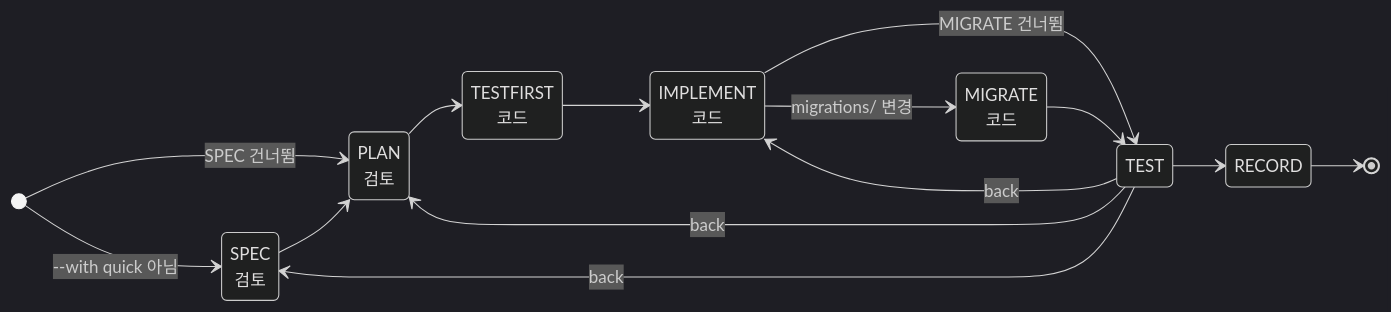
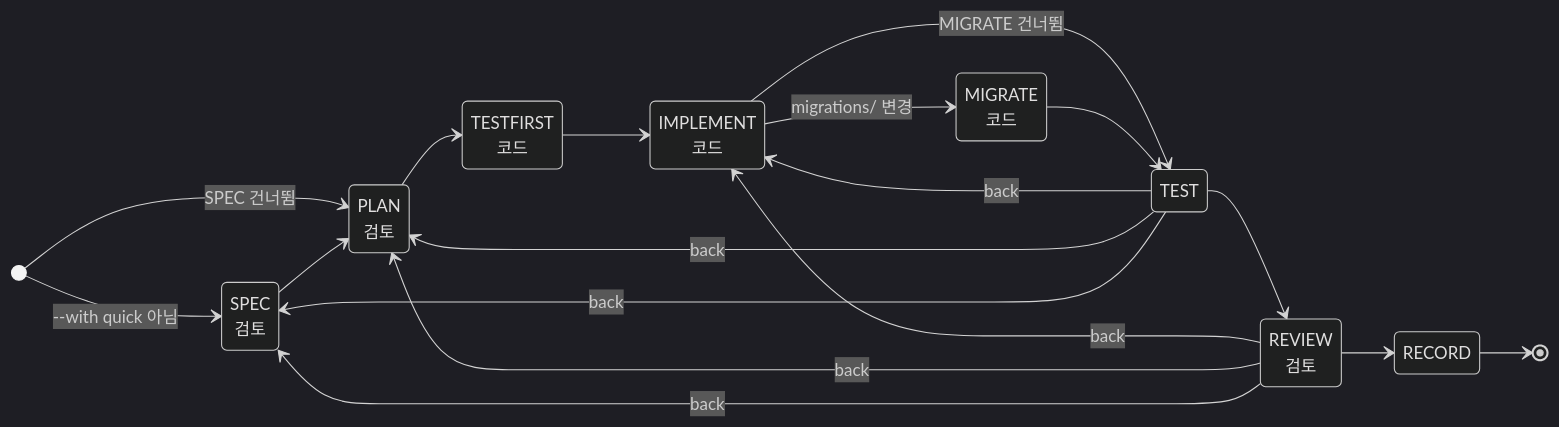
The second of 2 diagrams in README.md (taejeong0416/dynamic-stagegate-harness), drawn with Mermaid (dark theme) before and after one commit. The commit also changed other lines of this file and 3 other files, not shown here.

Commit message:
docs: REVIEW 상태, test_edits 검사, command의 affected와 실패 확인, review의 {diff} 설명을 README, GATE.md, skill에 더함

````diff
--- a/README.md
+++ b/README.md
@@ -107,22 +116,27 @@
 ```mermaid
 stateDiagram-v2
     direction LR
     state "SPEC<br>검토" as SPEC
     state "PLAN<br>검토" as PLAN
     state "TESTFIRST<br>코드" as TESTFIRST
     state "IMPLEMENT<br>코드" as IMPLEMENT
     state "MIGRATE<br>코드" as MIGRATE
+    state "REVIEW<br>검토" as REVIEW
     [*] --> SPEC : --with quick 아님
     [*] --> PLAN : SPEC 건너뜀
     SPEC --> PLAN
     PLAN --> TESTFIRST
     TESTFIRST --> IMPLEMENT
     IMPLEMENT --> MIGRATE : migrations/ 변경
     IMPLEMENT --> TEST : MIGRATE 건너뜀
     MIGRATE --> TEST
-    TEST --> RECORD
+    TEST --> REVIEW
+    REVIEW --> RECORD
     RECORD --> [*]
     TEST --> IMPLEMENT : back
     TEST --> PLAN : back
     TEST --> SPEC : back
+    REVIEW --> IMPLEMENT : back
+    REVIEW --> PLAN : back
+    REVIEW --> SPEC : back
 ```
````
